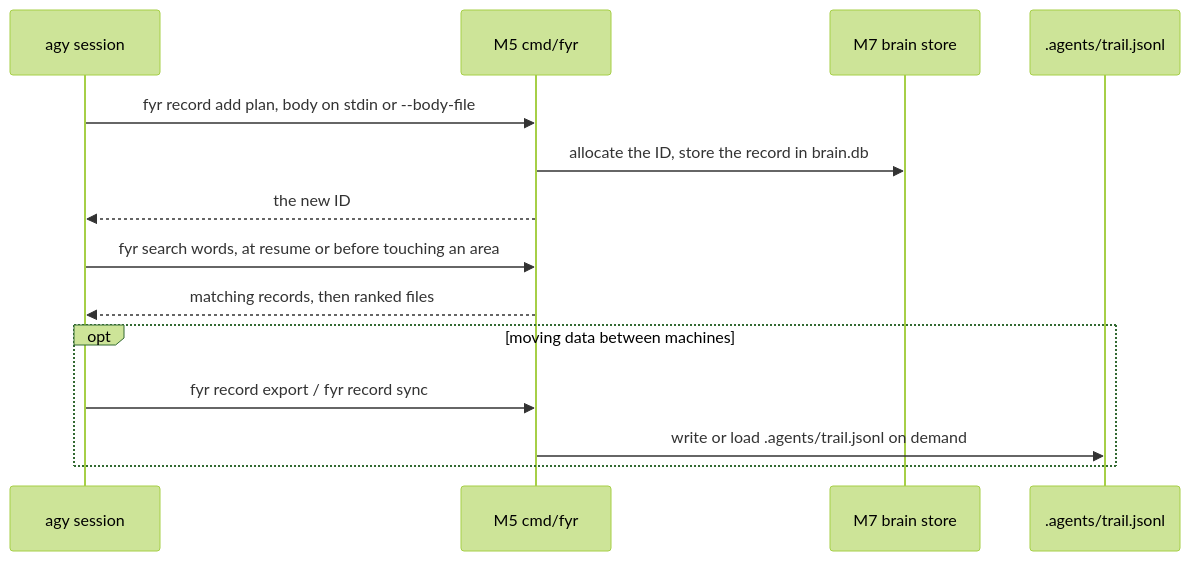
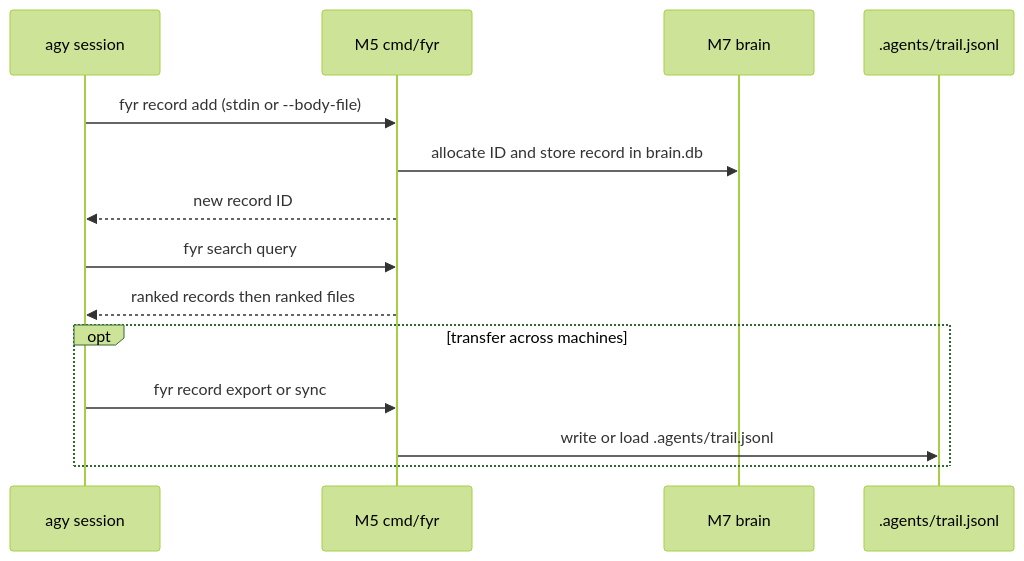
One commit to kesokaj/fyr changed the fifth of 6 diagrams in SDD.md. Above: the diagram before and after it, drawn with Mermaid (forest theme). The commit also changed other lines of this file and 1 other file, not shown here.

````diff
--- a/SDD.md
+++ b/SDD.md
@@ -104,16 +200,16 @@
 ```mermaid
 sequenceDiagram
-  participant A as agy session
-  participant C as M5 cmd/fyr
-  participant B as M7 brain store
-  participant T as .agents/trail.jsonl
-  A->>C: fyr record add plan, body on stdin or --body-file
-  C->>B: allocate the ID, store the record in brain.db
-  C-->>A: the new ID
-  A->>C: fyr search words, at resume or before touching an area
-  C-->>A: matching records, then ranked files
-  opt moving data between machines
-    A->>C: fyr record export / fyr record sync
-    C->>T: write or load .agents/trail.jsonl on demand
+  participant Agy as agy session
+  participant CLI as M5 cmd/fyr
+  participant Brn as M7 brain
+  participant Trl as .agents/trail.jsonl
+  Agy->>CLI: fyr record add (stdin or --body-file)
+  CLI->>Brn: allocate ID and store record in brain.db
+  CLI-->>Agy: new record ID
+  Agy->>CLI: fyr search query
+  CLI-->>Agy: ranked records then ranked files
+  opt transfer across machines
+    Agy->>CLI: fyr record export or sync
+    CLI->>Trl: write or load .agents/trail.jsonl
   end
 ```
````
